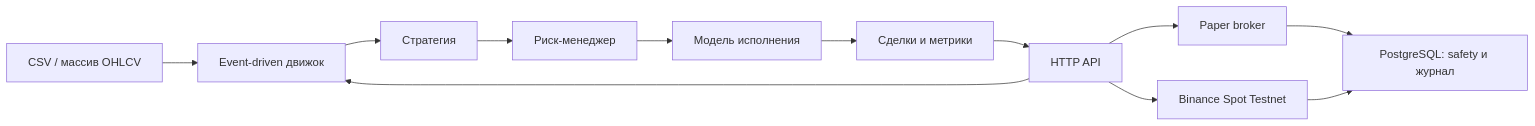
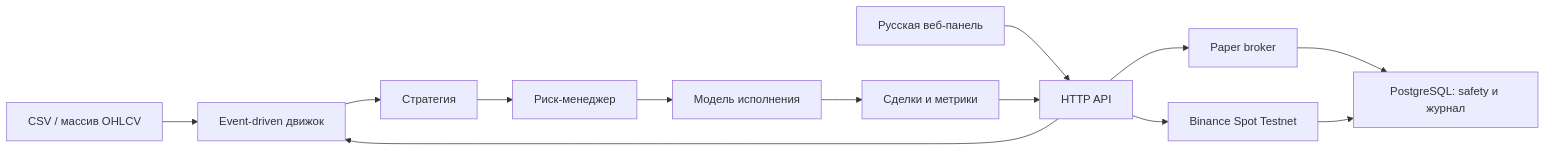
One commit to PCenjoyer/TradingMaster changed the diagram in README.md. Above: the diagram before and after it, drawn with Mermaid. The commit also changed other lines of this file and 9 other files, not shown here.

Commit message:
Добавлена русская веб-панель

```diff
--- a/README.md
+++ b/README.md
@@ -95,14 +99,15 @@
 ~~~mermaid
 flowchart LR
     D["CSV / массив OHLCV"] --> E["Event-driven движок"]
     E --> S["Стратегия"]
     S --> R["Риск-менеджер"]
     R --> F["Модель исполнения"]
     F --> M["Сделки и метрики"]
     A["HTTP API"] --> E
+    U["Русская веб-панель"] --> A
     M --> A
     P["Paper broker"] --> J["PostgreSQL: safety и журнал"]
     A --> P
     A --> T["Binance Spot Testnet"]
     T --> J
 ~~~
```
